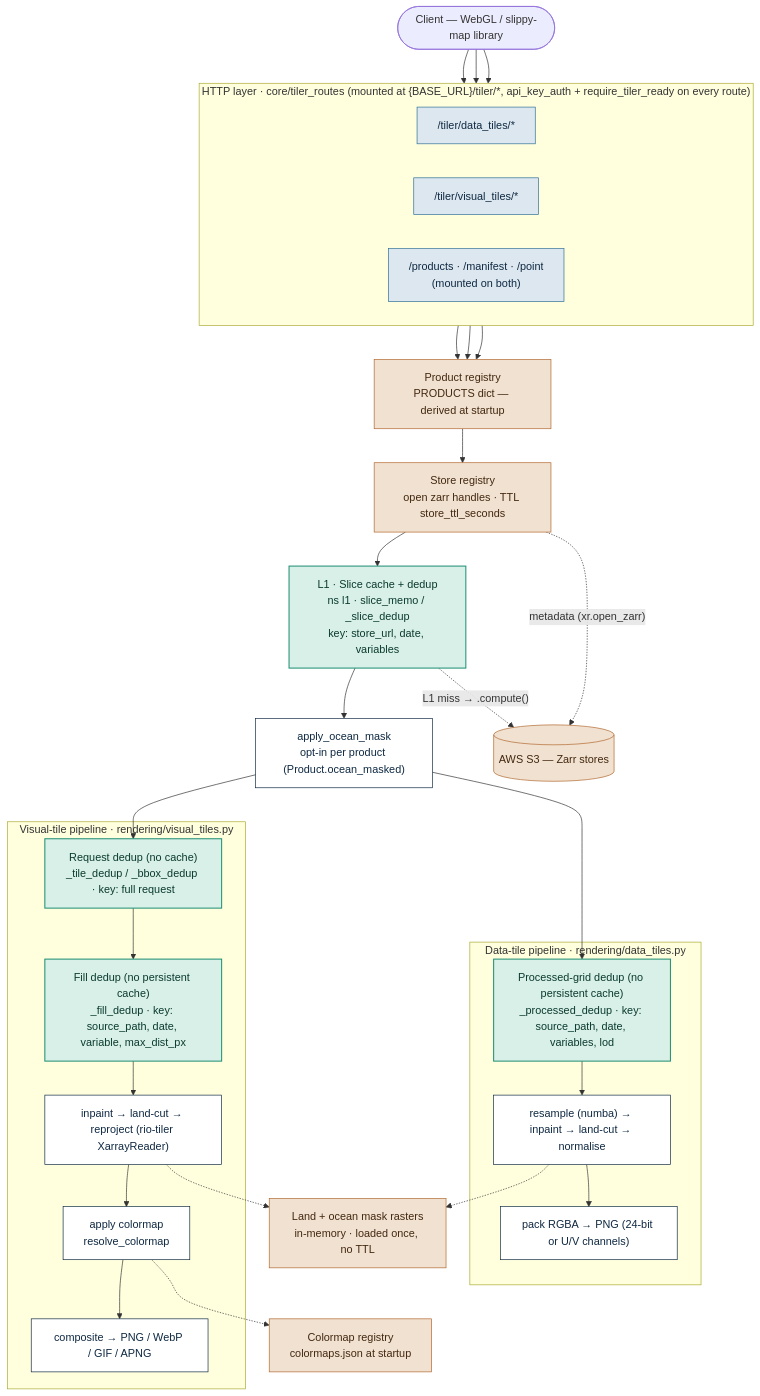
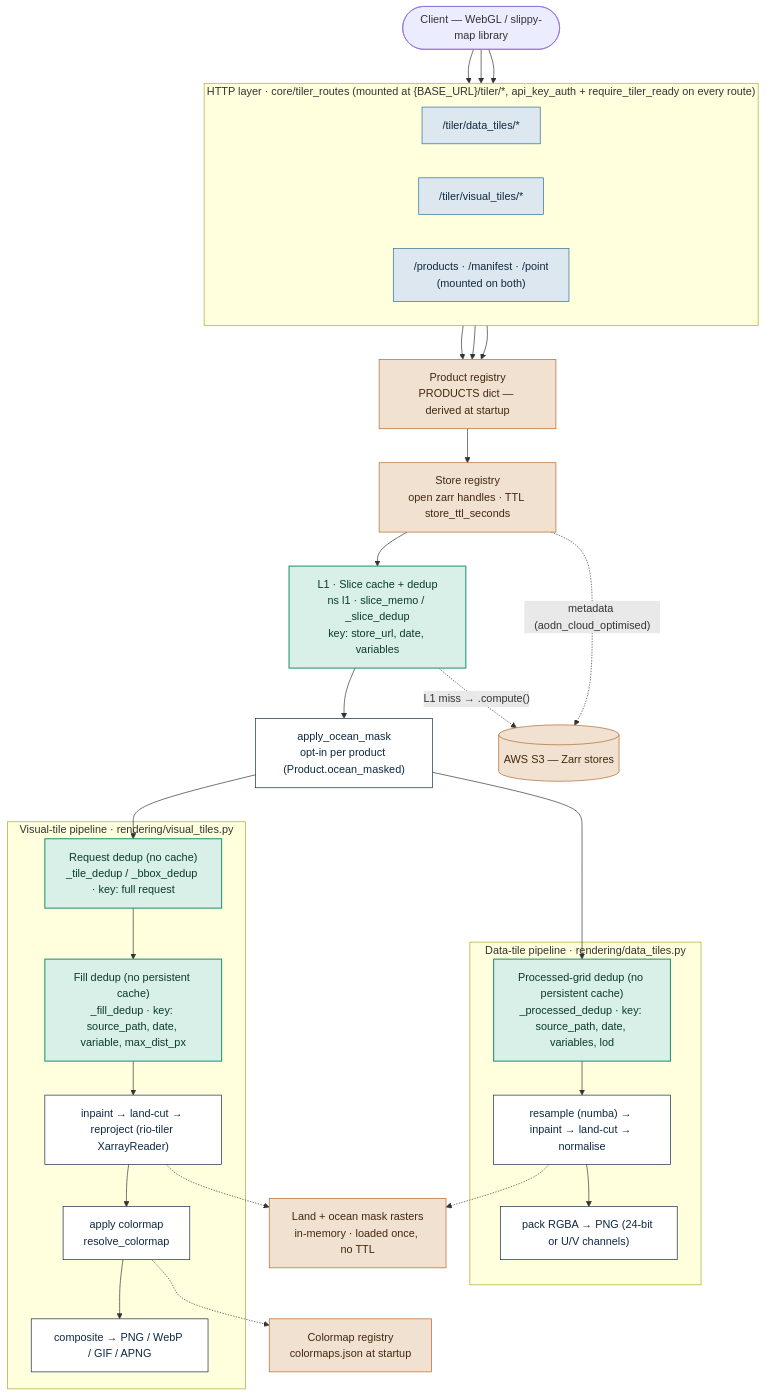
One commit to aodn/data-access-service changed the diagram in data_access_service/tiler/technical.md. Above: the diagram before and after it, drawn with Mermaid. The commit also changed other lines of this file and 9 other files, not shown here.

````diff
--- a/data_access_service/tiler/technical.md
+++ b/data_access_service/tiler/technical.md
@@ -72,67 +72,67 @@
 ```mermaid
 flowchart TD
     client(["Client — WebGL / slippy-map library"])
 
     subgraph ROUTERS["HTTP layer  ·  core/tiler_routes  (mounted at {BASE_URL}/tiler/*, api_key_auth + require_tiler_ready on every route)"]
         direction LR
         dtRouter["/tiler/data_tiles/*"]
         vtRouter["/tiler/visual_tiles/*"]
         prodRouter["/products · /manifest · /point<br/>(mounted on both)"]
     end
 
     client --> dtRouter
     client --> vtRouter
     client --> prodRouter
 
     registry["Product registry<br/>PRODUCTS dict — derived at startup"]
     dtRouter --> registry
     vtRouter --> registry
     prodRouter --> registry
 
     storeReg["Store registry<br/>open zarr handles · TTL store_ttl_seconds"]
     registry --> storeReg
 
     sliceCache["L1 · Slice cache + dedup<br/>ns l1 · slice_memo / _slice_dedup<br/>key: store_url, date, variables"]
     storeReg --> sliceCache
     oceanMask["apply_ocean_mask<br/>opt-in per product (Product.ocean_masked)"]
     sliceCache --> oceanMask
 
     subgraph DT["Data-tile pipeline  ·  rendering/data_tiles.py"]
         dtDedup["Processed-grid dedup (no persistent cache)<br/>_processed_dedup · key: source_path, date, variables, lod"]
         dtCompute["resample (numba) → inpaint → land-cut → normalise"]
         dtPng["pack RGBA → PNG (24-bit or U/V channels)"]
         dtDedup --> dtCompute --> dtPng
     end
     oceanMask --> dtDedup
 
     subgraph VT["Visual-tile pipeline  ·  rendering/visual_tiles.py"]
         vtReqDedup["Request dedup (no cache)<br/>_tile_dedup / _bbox_dedup · key: full request"]
         vtFillDedup["Fill dedup (no persistent cache)<br/>_fill_dedup · key: source_path, date, variable, max_dist_px"]
         vtCompute["inpaint → land-cut → reproject (rio-tiler XarrayReader)"]
         vtColor["apply colormap<br/>resolve_colormap"]
         vtEncode["composite → PNG / WebP / GIF / APNG"]
         vtReqDedup --> vtFillDedup --> vtCompute --> vtColor --> vtEncode
     end
     oceanMask --> vtReqDedup
 
     landMask["Land + ocean mask rasters<br/>in-memory · loaded once, no TTL"]
     dtCompute -.-> landMask
     vtCompute -.-> landMask
 
     colormapReg["Colormap registry<br/>colormaps.json at startup"]
     vtColor -.-> colormapReg
 
     s3[("AWS S3 — Zarr stores")]
-    storeReg -. "metadata (xr.open_zarr)" .-> s3
+    storeReg -. "metadata (aodn_cloud_optimised)" .-> s3
     sliceCache -. "L1 miss → .compute()" .-> s3
 
     classDef router fill:#DCE7EF,stroke:#2E6E96,color:#0F2942,stroke-width:1px;
     classDef staticNode fill:#F1E1D0,stroke:#B0672E,color:#432810,stroke-width:1px;
     classDef cacheNode fill:#D8F0E7,stroke:#1F8F73,color:#0B3A2E,stroke-width:1.5px;
     classDef processNode fill:#FFFFFF,stroke:#0F2942,color:#0F2942,stroke-width:1px;
 
     class dtRouter,vtRouter,prodRouter router
     class registry,storeReg,landMask,colormapReg,s3 staticNode
     class sliceCache,dtDedup,vtFillDedup,vtReqDedup cacheNode
     class oceanMask,dtCompute,dtPng,vtCompute,vtColor,vtEncode processNode
 ```
````
